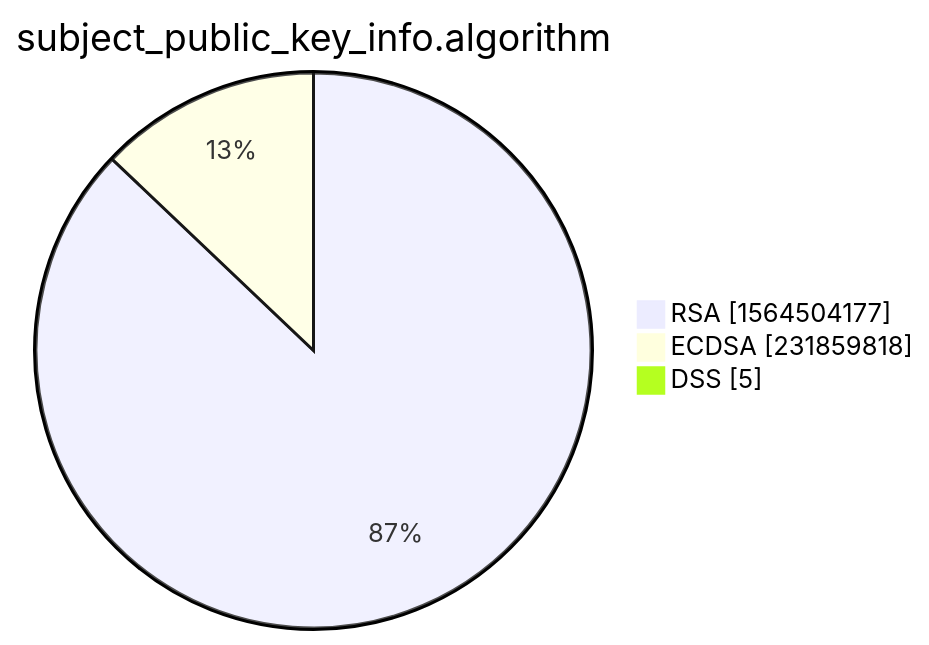
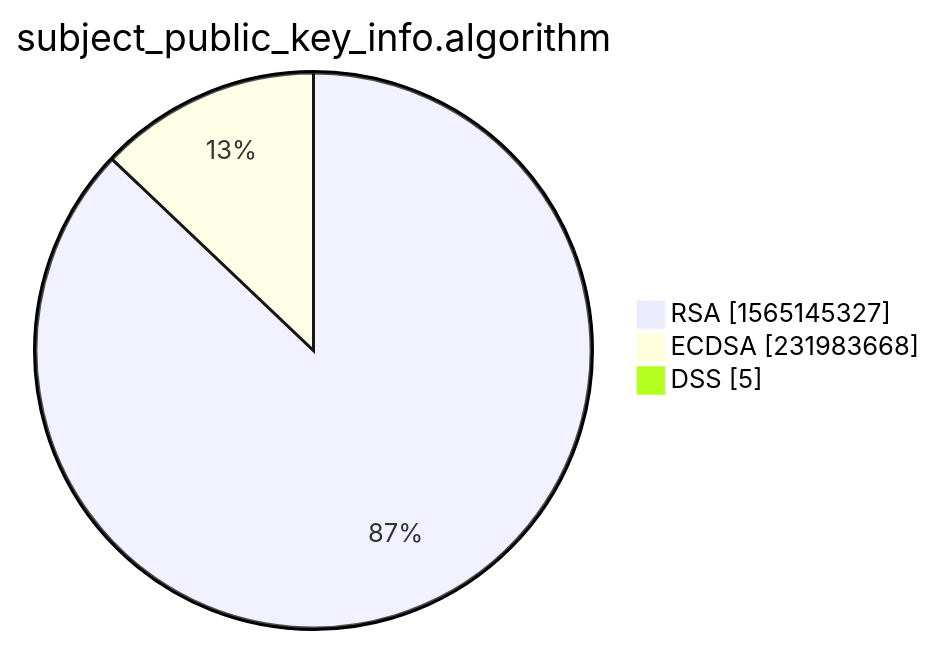
The third of 15 diagrams in xenon2022/README.md (christiankrug/ctmonitor_visualization), drawn with Mermaid before and after one commit. The commit also changed other lines of this file, not shown here.

````diff
--- a/xenon2022/README.md
+++ b/xenon2022/README.md
@@ -14,7 +14,7 @@
 ```mermaid
 pie showData
 title subject_public_key_info.algorithm
-"RSA" :1564504177
-"ECDSA" :231859818
+"RSA" :1565145327
+"ECDSA" :231983668
 "DSS" :5
 ```
````
